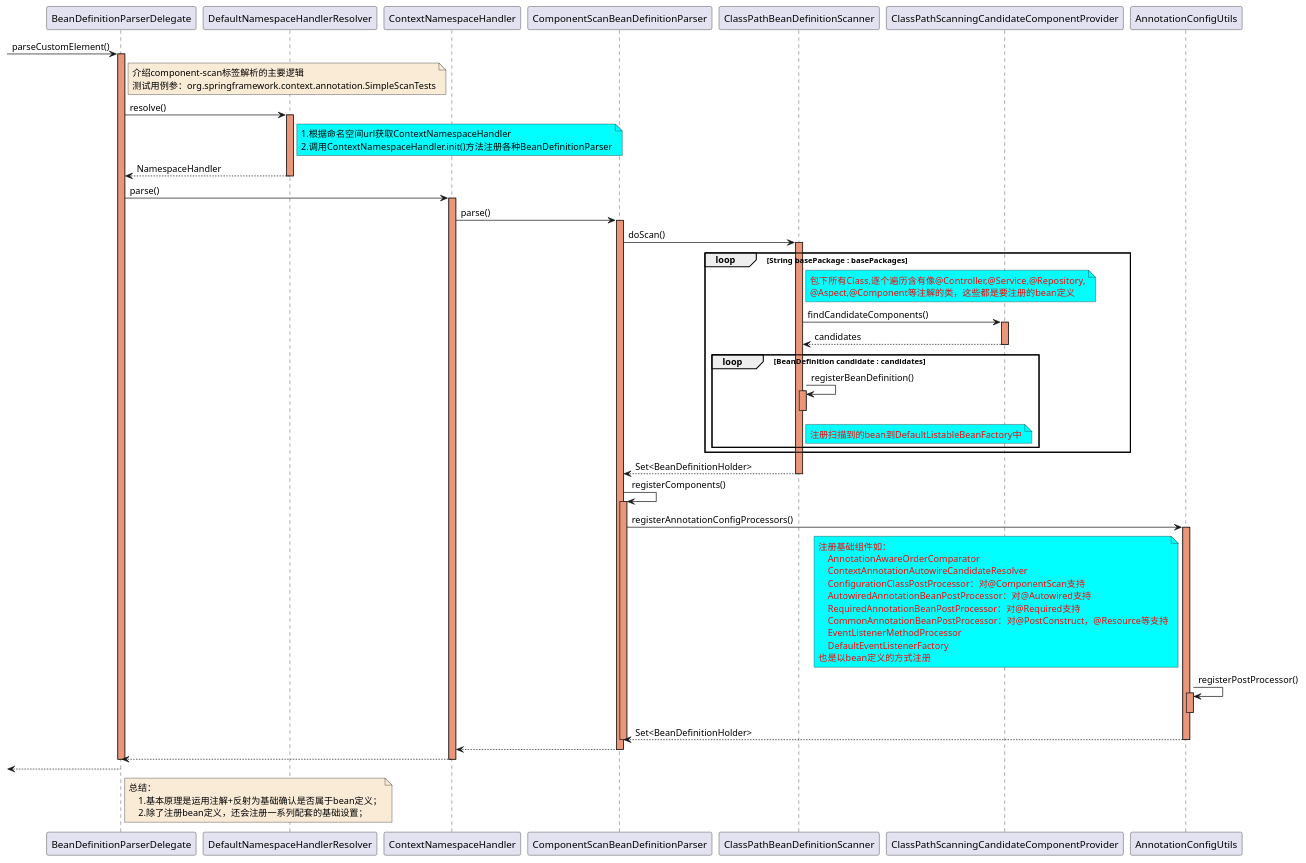
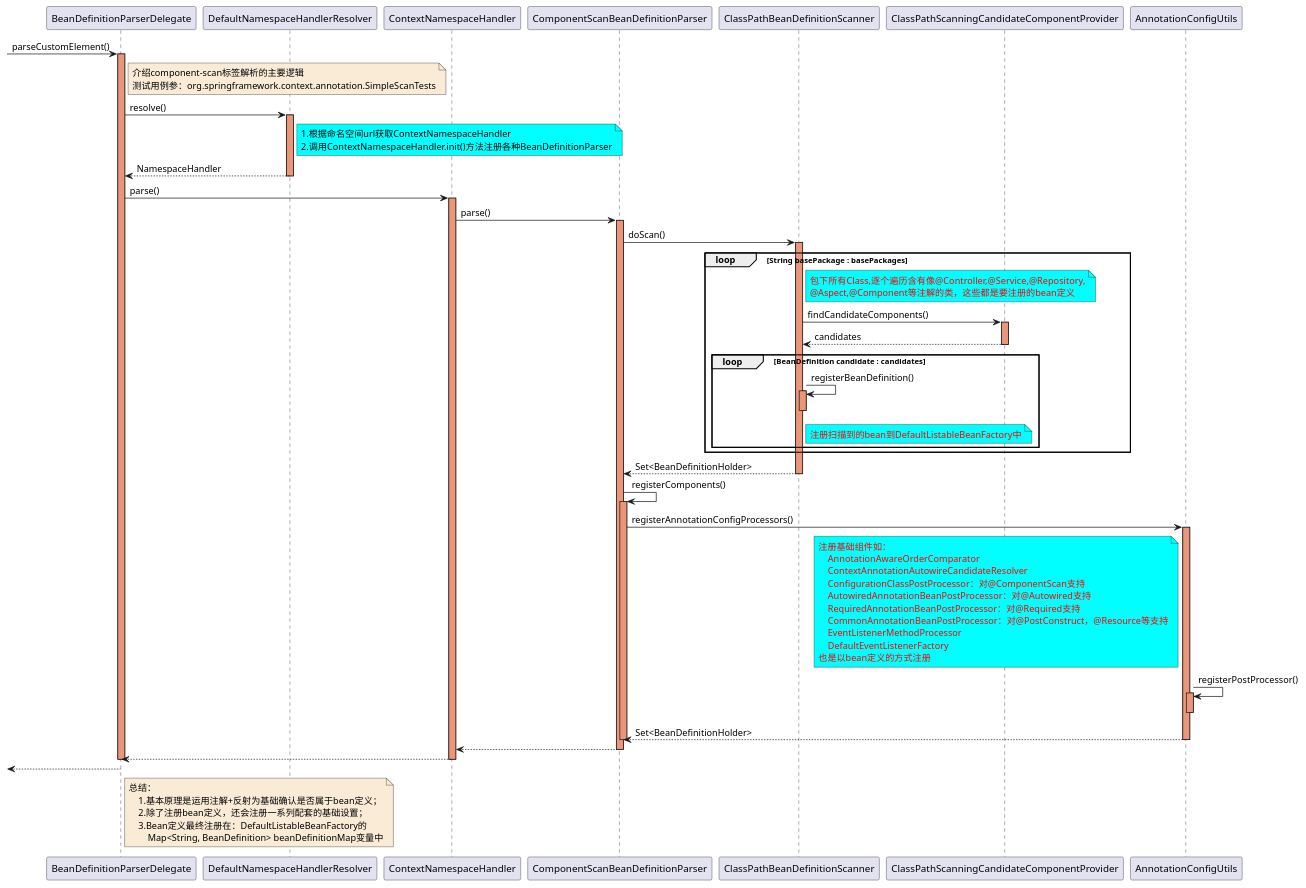
The diagram in document/spring/base/sequence/BeanDefinition-Load-0-ByXml-2-BeanDefinitionParserDelegate_parseCustomElement-sequence.puml (czwer/learn-spring-code), drawn with PlantUML before and after one commit. The commit also changed 27 other files, not shown here.

Commit message:
1.添加Bean属性绑定的时序图 2.整理了BeanPostProcessor类图 3.添加了Bean相关的类图 4.添加了Bean整个架构的类图关系

```diff
--- a/document/spring/base/sequence/BeanDefinition-Load-0-ByXml-2-BeanDefinitionParserDelegate_parseCustomElement-sequence.puml
+++ b/document/spring/base/sequence/BeanDefinition-Load-0-ByXml-2-BeanDefinitionParserDelegate_parseCustomElement-sequence.puml
@@ -1,88 +1,90 @@
 @startuml
 
 -> BeanDefinitionParserDelegate : parseCustomElement()
 activate BeanDefinitionParserDelegate #DarkSalmon
 
     note right of BeanDefinitionParserDelegate #FAEBD7
         介绍component-scan标签解析的主要逻辑
         测试用例参：org.springframework.context.annotation.SimpleScanTests
     end note
 
     BeanDefinitionParserDelegate -> DefaultNamespaceHandlerResolver : resolve()
     activate DefaultNamespaceHandlerResolver #DarkSalmon
 
         note right of DefaultNamespaceHandlerResolver #aqua
             1.根据命名空间url获取ContextNamespaceHandler
             2.调用ContextNamespaceHandler.init()方法注册各种BeanDefinitionParser
         end note
 
     DefaultNamespaceHandlerResolver --> BeanDefinitionParserDelegate : NamespaceHandler
     deactivate DefaultNamespaceHandlerResolver
 
 
     BeanDefinitionParserDelegate -> ContextNamespaceHandler:parse()
     activate ContextNamespaceHandler #DarkSalmon
         ContextNamespaceHandler -> ComponentScanBeanDefinitionParser: parse()
         activate ComponentScanBeanDefinitionParser #DarkSalmon
 
             ComponentScanBeanDefinitionParser -> ClassPathBeanDefinitionScanner:doScan()
             activate ClassPathBeanDefinitionScanner #DarkSalmon
                 loop String basePackage : basePackages
                     note right of ClassPathBeanDefinitionScanner #aqua
                         <font color=red>包下所有Class,逐个遍历含有像@Controller,@Service,@Repository,</font>
                         <font color=red>@Aspect,@Component等注解的类，这些都是要注册的bean定义</font>
                     end note
                     ClassPathBeanDefinitionScanner -> ClassPathScanningCandidateComponentProvider:findCandidateComponents()
                     activate ClassPathScanningCandidateComponentProvider #DarkSalmon
                     ClassPathScanningCandidateComponentProvider --> ClassPathBeanDefinitionScanner : candidates
                     deactivate ClassPathScanningCandidateComponentProvider
                     loop BeanDefinition candidate : candidates
                         ClassPathBeanDefinitionScanner -> ClassPathBeanDefinitionScanner:registerBeanDefinition()
                         activate ClassPathBeanDefinitionScanner #DarkSalmon
                             note right of ClassPathBeanDefinitionScanner #aqua
                                 <font color=red>注册扫描到的bean到DefaultListableBeanFactory中</font>
                             end note
                         deactivate ClassPathBeanDefinitionScanner
                     end
                 end
             ClassPathBeanDefinitionScanner --> ComponentScanBeanDefinitionParser:Set<BeanDefinitionHolder>
             deactivate ClassPathBeanDefinitionScanner
 
             ComponentScanBeanDefinitionParser->ComponentScanBeanDefinitionParser:registerComponents()
             activate ComponentScanBeanDefinitionParser #DarkSalmon
                 ComponentScanBeanDefinitionParser ->AnnotationConfigUtils : registerAnnotationConfigProcessors()
                 activate AnnotationConfigUtils #DarkSalmon
                     note left of AnnotationConfigUtils #aqua
                         <font color=red>注册基础组件如：</font>
                         <font color=red>    AnnotationAwareOrderComparator</font>
                         <font color=red>    ContextAnnotationAutowireCandidateResolver</font>
                         <font color=red>    ConfigurationClassPostProcessor：对@ComponentScan支持</font>
                         <font color=red>    AutowiredAnnotationBeanPostProcessor：对@Autowired支持</font>
                         <font color=red>    RequiredAnnotationBeanPostProcessor：对@Required支持</font>
                         <font color=red>    CommonAnnotationBeanPostProcessor：对@PostConstruct，@Resource等支持</font>
                         <font color=red>    EventListenerMethodProcessor</font>
                         <font color=red>    DefaultEventListenerFactory</font>
                         <font color=red>也是以bean定义的方式注册</font>
                     end note
                     AnnotationConfigUtils ->AnnotationConfigUtils:registerPostProcessor()
                     activate AnnotationConfigUtils #DarkSalmon
                     deactivate AnnotationConfigUtils
                 AnnotationConfigUtils --> ComponentScanBeanDefinitionParser : Set<BeanDefinitionHolder>
                 deactivate AnnotationConfigUtils
             deactivate ComponentScanBeanDefinitionParser
 
         ComponentScanBeanDefinitionParser --> ContextNamespaceHandler
         deactivate ComponentScanBeanDefinitionParser
     ContextNamespaceHandler --> BeanDefinitionParserDelegate
     deactivate ContextNamespaceHandler
 
 deactivate BeanDefinitionParserDelegate
 
 <--BeanDefinitionParserDelegate
 note right of BeanDefinitionParserDelegate #FAEBD7
     总结：
         1.基本原理是运用注解+反射为基础确认是否属于bean定义；
         2.除了注册bean定义，还会注册一系列配套的基础设置；
+        3.Bean定义最终注册在：DefaultListableBeanFactory的
+            Map<String, BeanDefinition> beanDefinitionMap变量中
 end note
 
 @enduml
```
